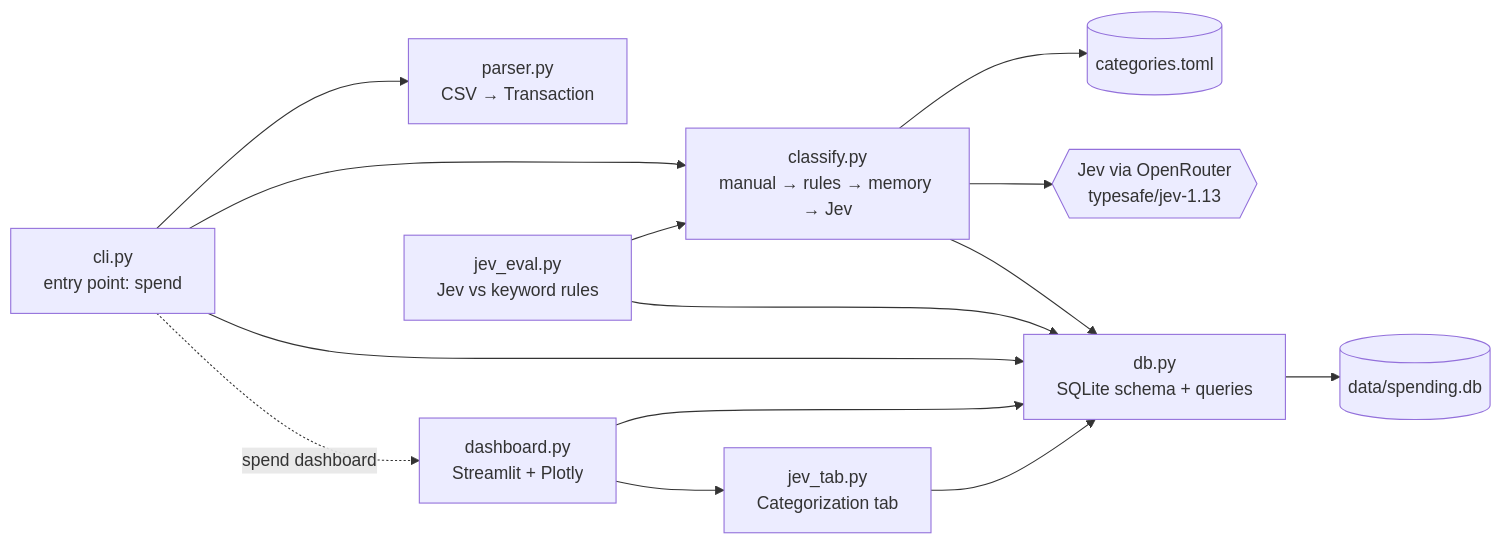
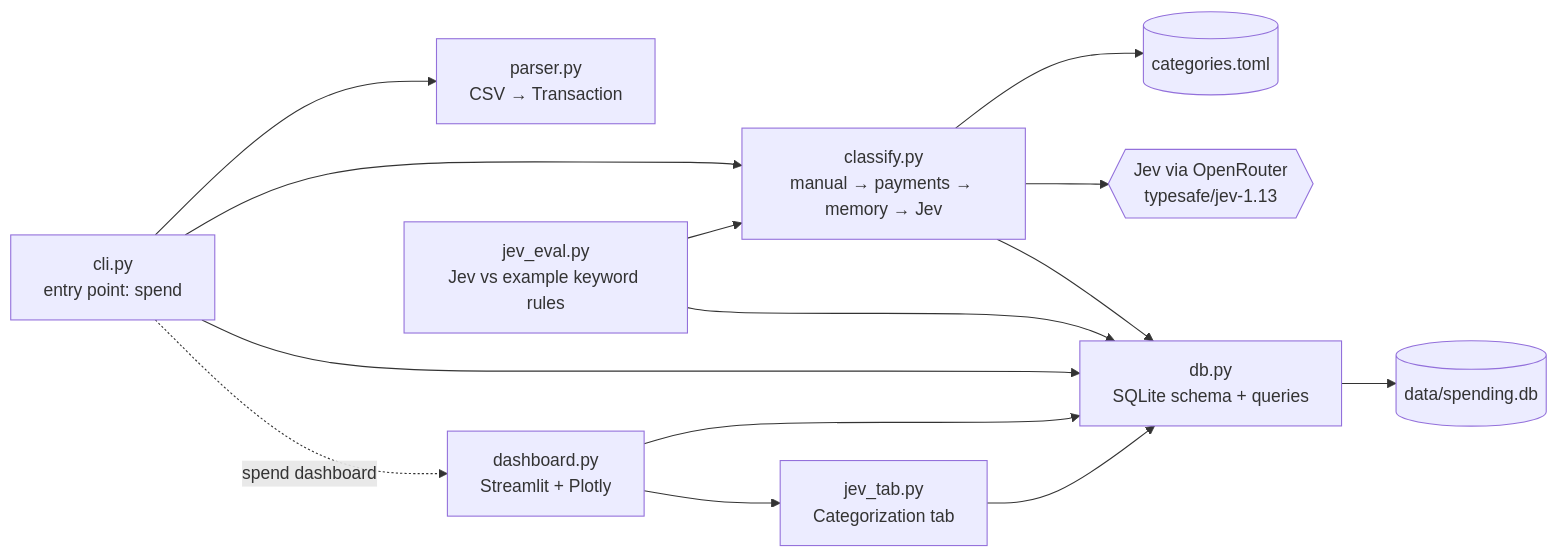
Before and after one commit to alessandrofelici/spending-tracker: the second of 6 diagrams in STRUCTURE.md, drawn with Mermaid. The commit also changed other lines of this file and 9 other files, not shown here.

First line of the commit message:
feat(classify)!: stop using keyword rules to categorize imports (#13)

````diff
--- a/STRUCTURE.md
+++ b/STRUCTURE.md
@@ -102,27 +102,27 @@
 ```mermaid
 flowchart LR
     cli["cli.py<br/>entry point: spend"]
     parser["parser.py<br/>CSV → Transaction"]
-    classify["classify.py<br/>manual → rules → memory → Jev"]
+    classify["classify.py<br/>manual → payments → memory → Jev"]
     db["db.py<br/>SQLite schema + queries"]
     dash["dashboard.py<br/>Streamlit + Plotly"]
     jevtab["jev_tab.py<br/>Categorization tab"]
-    jeval["jev_eval.py<br/>Jev vs keyword rules"]
+    jeval["jev_eval.py<br/>Jev vs example keyword rules"]
     toml[("categories.toml")]
     sqlite[("data/spending.db")]
     llm{{"Jev via OpenRouter<br/>typesafe/jev-1.13"}}
 
     cli --> parser
     cli --> classify
     cli --> db
     cli -. "spend dashboard" .-> dash
     classify --> toml
     classify --> llm
     classify --> db
     dash --> db
     dash --> jevtab
     jevtab --> db
     jeval --> classify
     jeval --> db
     db --> sqlite
 ```
````
